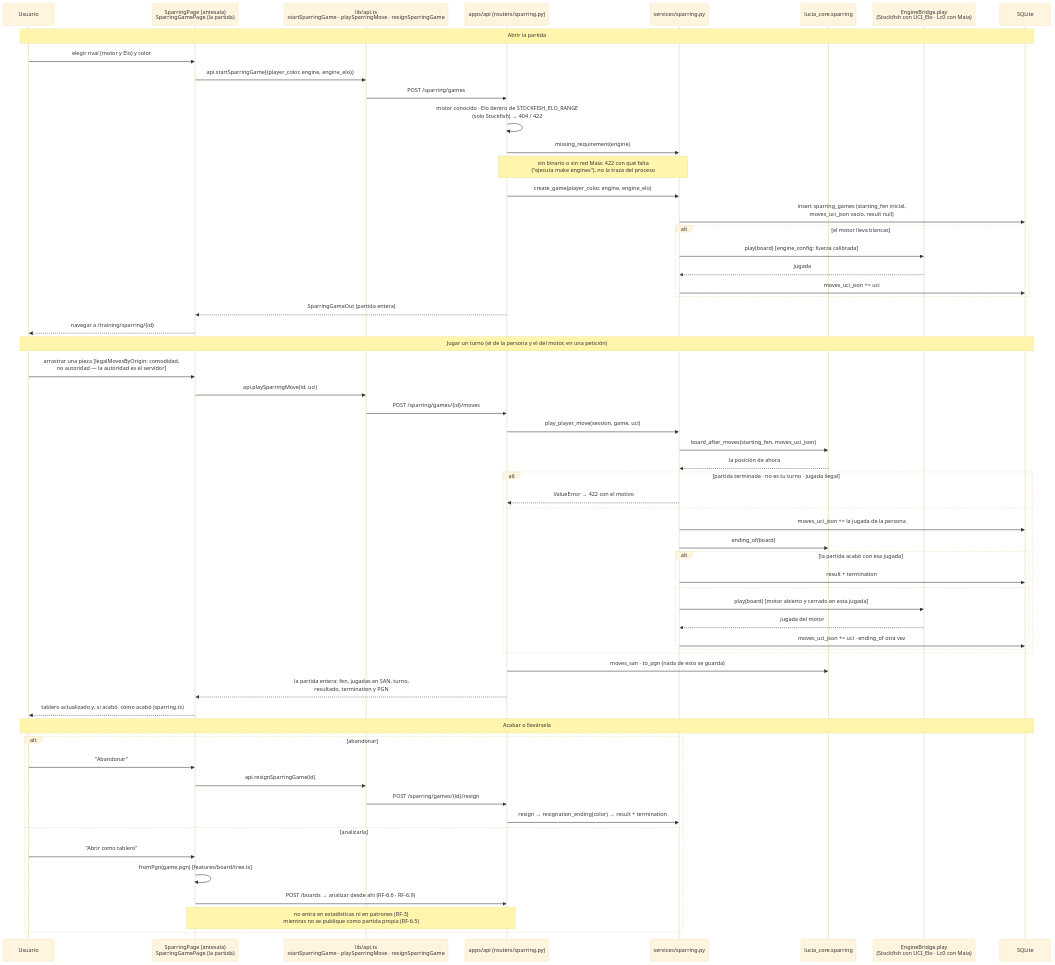
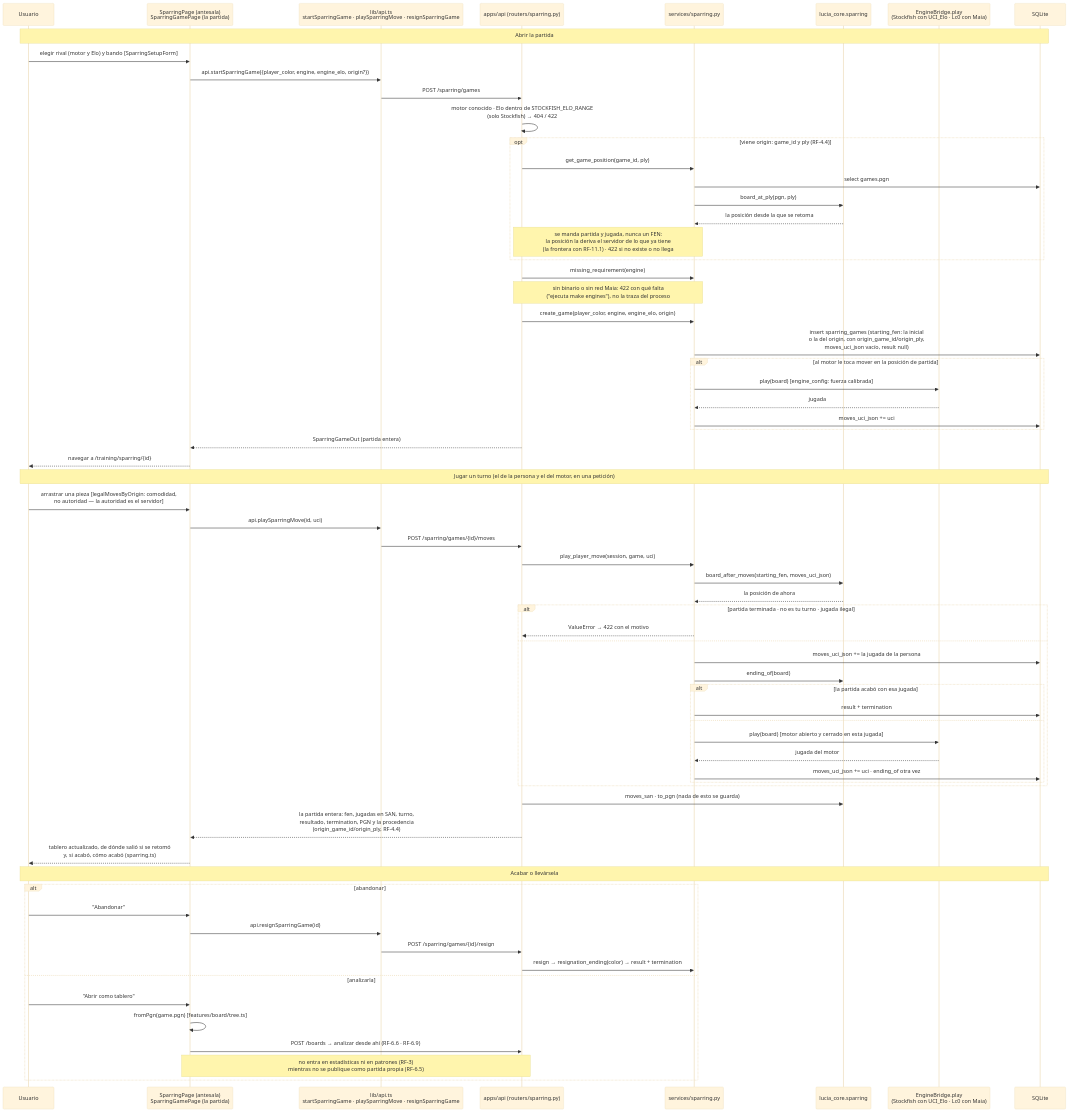
Before and after one commit to SirJsus/LUCIA: diagram 19 of 20 in docs/06-mapa-del-proyecto.md, drawn with Mermaid (base theme). The commit also changed other lines of this file and 45 other files, not shown here.

````diff
--- a/docs/06-mapa-del-proyecto.md
+++ b/docs/06-mapa-del-proyecto.md
@@ -1431,65 +1504,72 @@
 ```mermaid
 sequenceDiagram
     participant U as Usuario
     participant P as SparringPage (antesala)<br/>SparringGamePage (la partida)
     participant AP as lib/api.ts<br/>startSparringGame · playSparringMove · resignSparringGame
     participant R as apps/api (routers/sparring.py)
     participant SS as services/sparring.py
     participant CS as lucia_core.sparring
     participant E as EngineBridge.play<br/>(Stockfish con UCI_Elo · Lc0 con Maia)
     participant DB as SQLite
 
     Note over U,DB: Abrir la partida
-    U->>P: elegir rival (motor y Elo) y color
-    P->>AP: api.startSparringGame({player_color, engine, engine_elo})
+    U->>P: elegir rival (motor y Elo) y bando [SparringSetupForm]
+    P->>AP: api.startSparringGame({player_color, engine, engine_elo, origin?})
     AP->>R: POST /sparring/games
     R->>R: motor conocido · Elo dentro de STOCKFISH_ELO_RANGE<br/>(solo Stockfish) → 404 / 422
+    opt viene origin: game_id y ply (RF-4.4)
+        R->>SS: get_game_position(game_id, ply)
+        SS->>DB: select games.pgn
+        SS->>CS: board_at_ply(pgn, ply)
+        CS-->>SS: la posición desde la que se retoma
+        Note over R,SS: se manda partida y jugada, nunca un FEN:<br/>la posición la deriva el servidor de lo que ya tiene<br/>(la frontera con RF-11.1) · 422 si no existe o no llega
+    end
     R->>SS: missing_requirement(engine)
     Note over R,SS: sin binario o sin red Maia: 422 con qué falta<br/>("ejecuta make engines"), no la traza del proceso
-    R->>SS: create_game(player_color, engine, engine_elo)
-    SS->>DB: insert sparring_games (starting_fen inicial,<br/>moves_uci_json vacío, result null)
-    alt el motor lleva blancas
+    R->>SS: create_game(player_color, engine, engine_elo, origin)
+    SS->>DB: insert sparring_games (starting_fen: la inicial<br/>o la del origin, con origin_game_id/origin_ply,<br/>moves_uci_json vacío, result null)
+    alt al motor le toca mover en la posición de partida
         SS->>E: play(board) [engine_config: fuerza calibrada]
         E-->>SS: jugada
         SS->>DB: moves_uci_json += uci
     end
     R-->>P: SparringGameOut (partida entera)
     P-->>U: navegar a /training/sparring/{id}
 
     Note over U,DB: Jugar un turno (el de la persona y el del motor, en una petición)
     U->>P: arrastrar una pieza [legalMovesByOrigin: comodidad,<br/>no autoridad — la autoridad es el servidor]
     P->>AP: api.playSparringMove(id, uci)
     AP->>R: POST /sparring/games/{id}/moves
     R->>SS: play_player_move(session, game, uci)
     SS->>CS: board_after_moves(starting_fen, moves_uci_json)
     CS-->>SS: la posición de ahora
     alt partida terminada · no es tu turno · jugada ilegal
         SS-->>R: ValueError → 422 con el motivo
     else
         SS->>DB: moves_uci_json += la jugada de la persona
         SS->>CS: ending_of(board)
         alt la partida acabó con esa jugada
             SS->>DB: result + termination
         else
             SS->>E: play(board) [motor abierto y cerrado en esta jugada]
             E-->>SS: jugada del motor
             SS->>DB: moves_uci_json += uci · ending_of otra vez
         end
     end
     R->>CS: moves_san · to_pgn (nada de esto se guarda)
-    R-->>P: la partida entera: fen, jugadas en SAN, turno,<br/>resultado, termination y PGN
-    P-->>U: tablero actualizado y, si acabó, cómo acabó (sparring.ts)
+    R-->>P: la partida entera: fen, jugadas en SAN, turno,<br/>resultado, termination, PGN y la procedencia<br/>(origin_game_id/origin_ply, RF-4.4)
+    P-->>U: tablero actualizado, de dónde salió si se retomó<br/>y, si acabó, cómo acabó (sparring.ts)
 
     Note over U,DB: Acabar o llevársela
     alt abandonar
         U->>P: "Abandonar"
         P->>AP: api.resignSparringGame(id)
         AP->>R: POST /sparring/games/{id}/resign
         R->>SS: resign → resignation_ending(color) → result + termination
     else analizarla
         U->>P: "Abrir como tablero"
         P->>P: fromPgn(game.pgn) [features/board/tree.ts]
         P->>R: POST /boards → analizar desde ahí (RF-6.6 · RF-6.9)
         Note over P,R: no entra en estadísticas ni en patrones (RF-3)<br/>mientras no se publique como partida propia (RF-6.5)
     end
 ```
````
